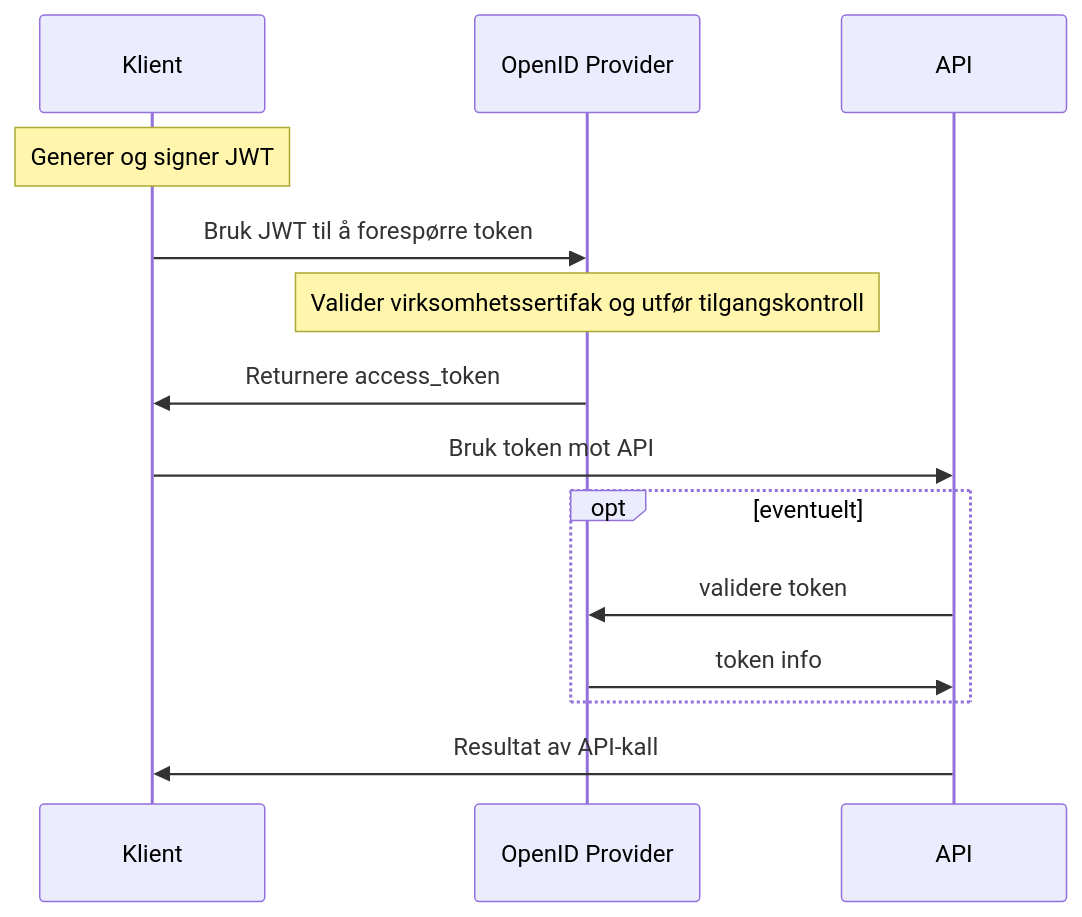
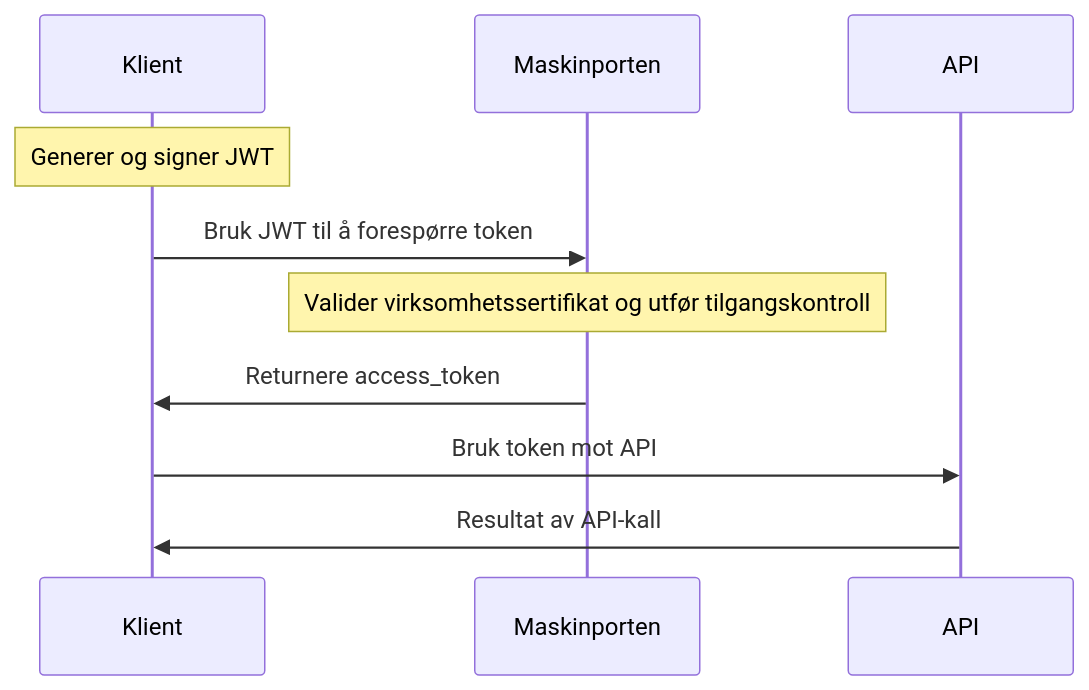
One commit to felleslosninger/docs changed the second of 2 diagrams in _docs/Maskinporten/maskinporten_auth_server-to-server-oauth2.md. Above: the diagram before and after it, drawn with Mermaid. The commit also changed other lines of this file and 6 other files, not shown here.

```diff
--- a/_docs/Maskinporten/maskinporten_auth_server-to-server-oauth2.md
+++ b/_docs/Maskinporten/maskinporten_auth_server-to-server-oauth2.md
@@ -34,14 +34,10 @@
 <div class="mermaid">
 sequenceDiagram
   note over Klient:  Generer og signer JWT
-  Klient ->> OpenID Provider: Bruk JWT til å forespørre token
-  note over OpenID Provider: Valider virksomhetssertifak og utfør tilgangskontroll
-  OpenID Provider ->> Klient: Returnere access_token
+  Klient ->> Maskinporten: Bruk JWT til å forespørre token
+  note over Maskinporten: Valider virksomhetssertifikat og utfør tilgangskontroll
+  Maskinporten ->> Klient: Returnere access_token
   Klient ->> API: Bruk token mot API
-  opt eventuelt
-    API ->> OpenID Provider: validere token
-    OpenID Provider ->> API: token info
-  end
   API ->> Klient: Resultat av API-kall
 
 </div>
```
